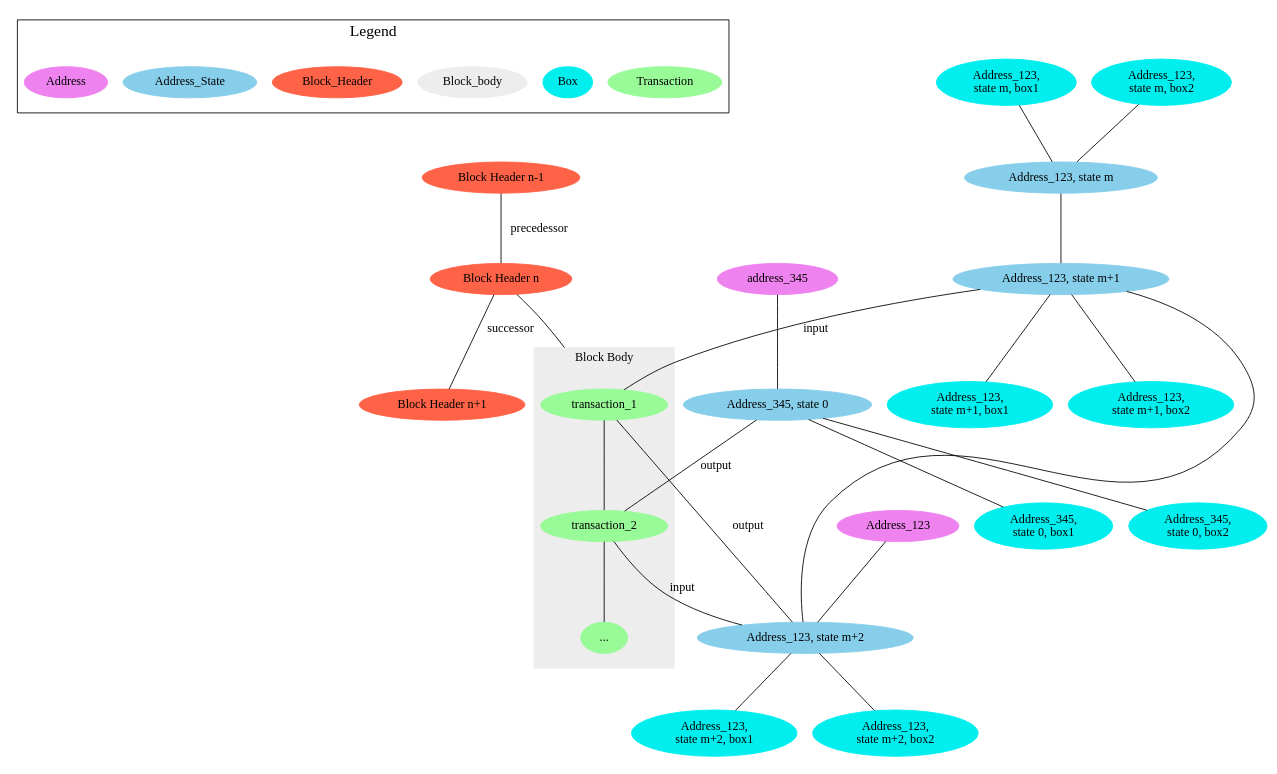
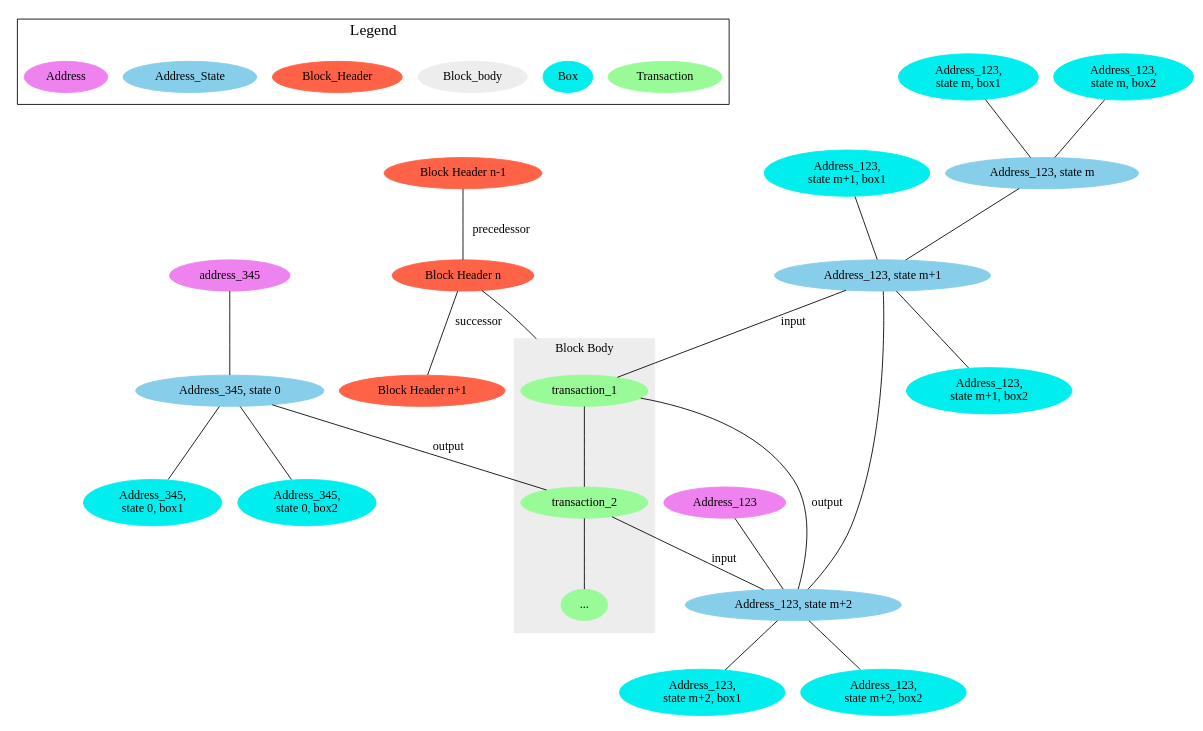
One commit to mgrand-topl/PlantUML_Sandbox changed the diagram in genus_block_data_model.dot. Above: the diagram before and after it, drawn with Graphviz.

```diff
--- a/genus_block_data_model.dot
+++ b/genus_block_data_model.dot
@@ -1,60 +1,60 @@
 graph g {
   subgraph cluster_legend {
     label=Legend
     fontsize=18
     Transaction [color=palegreen, style=filled]
     Box [color=cyan2, style=filled]
     Block_body [color=gray93, style=filled]
     Block_Header [color=tomato, style=filled]
     Address_State [color=skyblue, style=filled]
     Address [color=violet, style=filled]
   }
 
   ratio= 0.6;
   compound=true;
   "Block Header n" [color=tomato, style=filled]
   "Block Header n-1" [color=tomato, style=filled]
   "Block Header n-1"
   "Block Header n-1" -- "Block Header n" [label = "precedessor"];
   "Block Header n" -- "Block Header n+1" [label = "successor"]
   "Block Header n"
   "Block Header n" -- transaction_1 [lhead=cluster0]
   "Block Header n+1" [color=tomato, style=filled]
   "Block Header n+1"
 
   subgraph cluster0 {
     label = "Block Body"
     color=gray93
     style=filled
     "..." [color=palegreen, style=filled]
     transaction_1 -- transaction_2 -- "...";
   }
   "Address_123,\nstate m, box1" [color=cyan2, style=filled]
   "Address_123,\nstate m, box2" [color=cyan2, style=filled]
   {"Address_123,\nstate m, box1" "Address_123,\nstate m, box2"} -- "Address_123, state m"
   "Address_123, state m" [color=skyblue, style=filled]
   "Address_123, state m" -- "Address_123, state m+1"
   "Address_123, state m+1" [color=skyblue, style=filled]
   "Address_123,\nstate m+1, box1" [color=cyan2, style=filled]
   "Address_123,\nstate m+1, box2" [color=cyan2, style=filled]
-  "Address_123, state m+1" -- "Address_123,\nstate m+1, box1"
+  "Address_123,\nstate m+1, box1" -- "Address_123, state m+1"
   "Address_123, state m+1" -- "Address_123,\nstate m+1, box2"
   "Address_123, state m+1" -- transaction_1 [label="input"]
   "Address_123,\nstate m+2, box1" [color=cyan2, style=filled]
   "Address_123,\nstate m+2, box2" [color=cyan2, style=filled]
   "Address_123, state m+1" -- "Address_123, state m+2" -- {"Address_123,\nstate m+2, box1" "Address_123,\nstate m+2, box2"}
   transaction_1 [color=palegreen, style=filled]
   "Address_123, state m+2" [color=skyblue, style=filled]
   transaction_1 -- "Address_123, state m+2" [label = "output"]
   transaction_2 [color=palegreen, style=filled]
   transaction_2 -- "Address_123, state m+2" [label="input"]
   Address_123 [color=violet, style=filled]
   Address_123 -- "Address_123, state m+2"
   "Address_345, state 0" [color=skyblue, style=filled]
   "Address_345, state 0" -- transaction_2 [label="output"]
   "Address_345,\nstate 0, box1" [color=cyan2, style=filled]
   "Address_345,\nstate 0, box2" [color=cyan2, style=filled]
   "Address_345, state 0" -- {"Address_345,\nstate 0, box1" "Address_345,\nstate 0, box2"}
   "address_345" [color=violet, style=filled]
   "address_345" -- "Address_345, state 0"
 }
```
